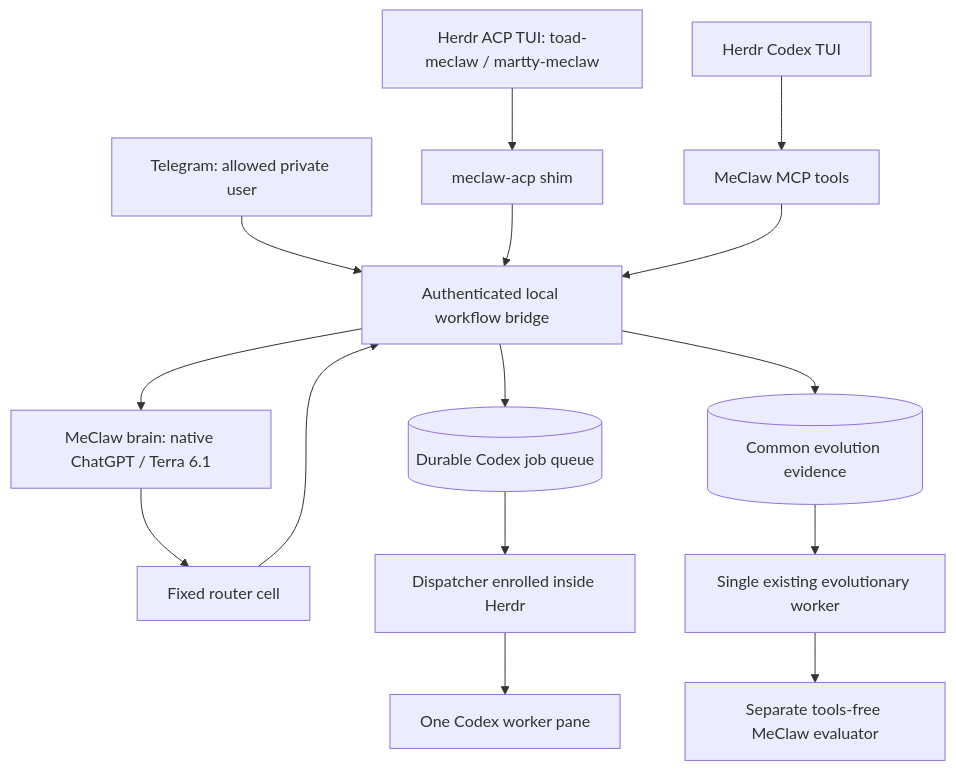
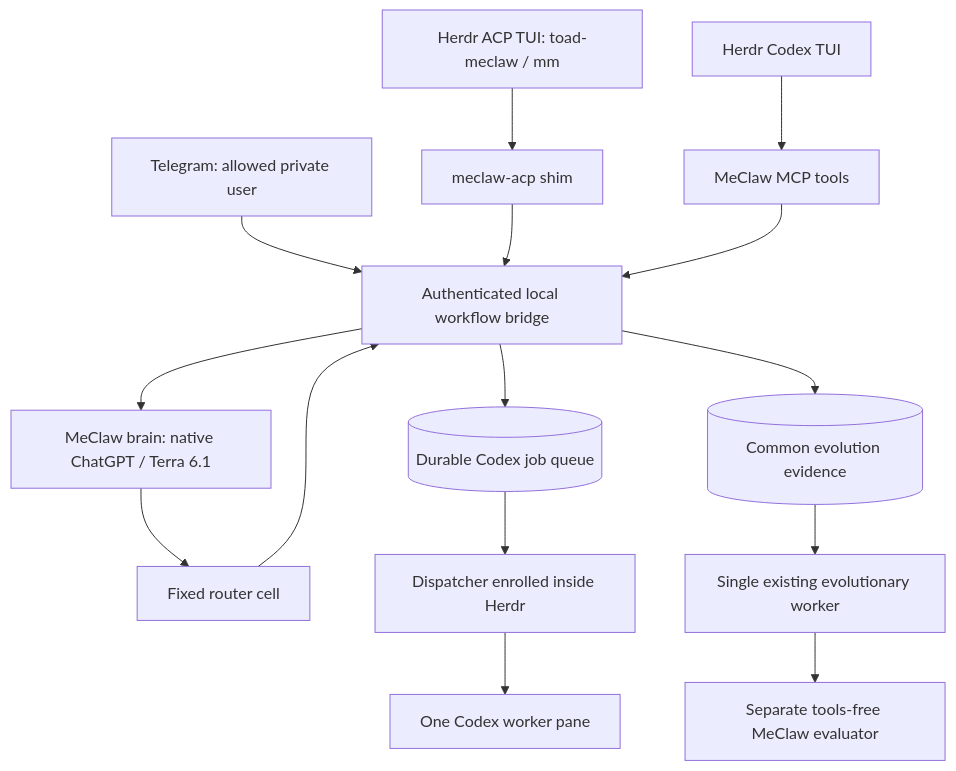
Before and after one commit to evian2389/guix-system: the diagram in doc/ai-workflow/MECLAW.md, drawn with Mermaid. The commit also changed other lines of this file and 4 other files, not shown here.

First line of the commit message:
Rename martty-meclaw to mm and drop the stale Pi wording

````diff
--- a/doc/ai-workflow/MECLAW.md
+++ b/doc/ai-workflow/MECLAW.md
@@ -24,17 +24,17 @@
 ```mermaid
 flowchart TD
   T[Telegram: allowed private user] --> G[Authenticated local workflow bridge]
-  P[Herdr ACP TUI: toad-meclaw / martty-meclaw] --> A[meclaw-acp shim]
+  P[Herdr ACP TUI: toad-meclaw / mm] --> A[meclaw-acp shim]
   A --> G
   C[Herdr Codex TUI] --> MCP[MeClaw MCP tools]
   MCP --> G
   G --> B[MeClaw brain: native ChatGPT / Terra 6.1]
   B --> R[Fixed router cell]
   R --> G
   G --> Q[(Durable Codex job queue)]
   Q --> D[Dispatcher enrolled inside Herdr]
   D --> W[One Codex worker pane]
   G --> E[(Common evolution evidence)]
   E --> F[Single existing evolutionary worker]
   F --> V[Separate tools-free MeClaw evaluator]
 ```
````
